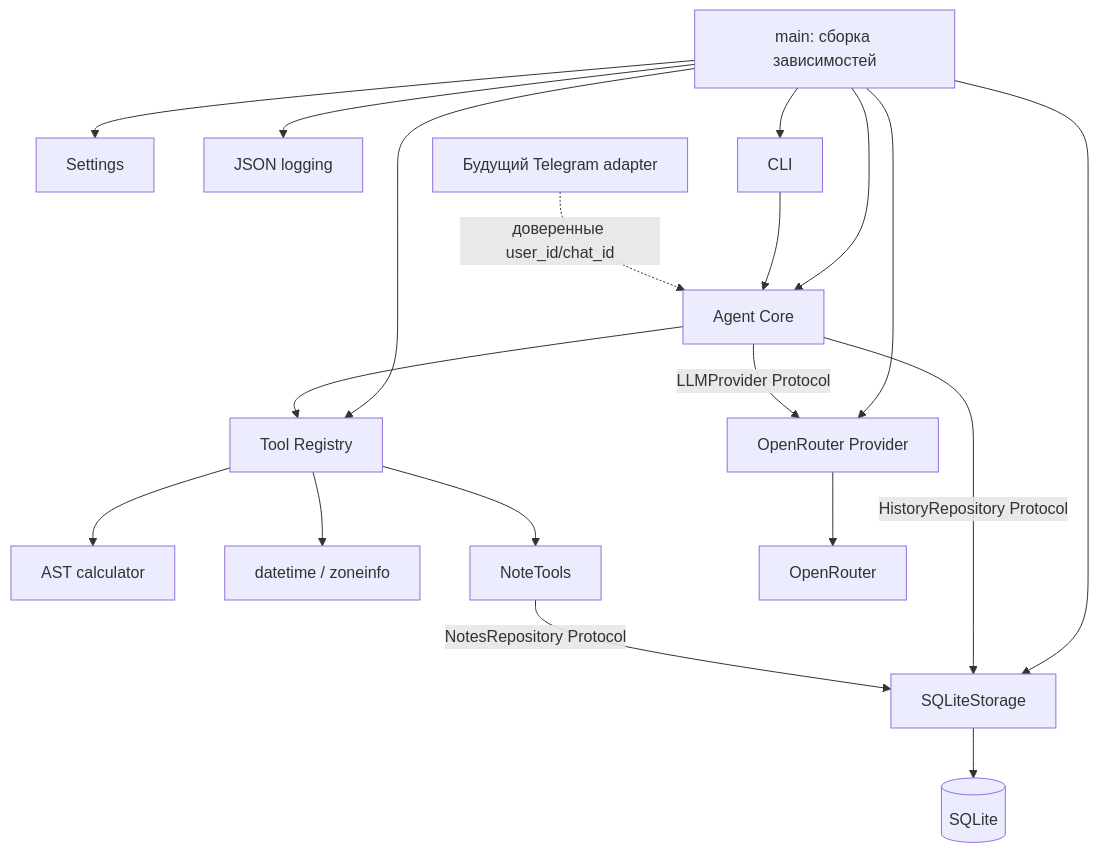
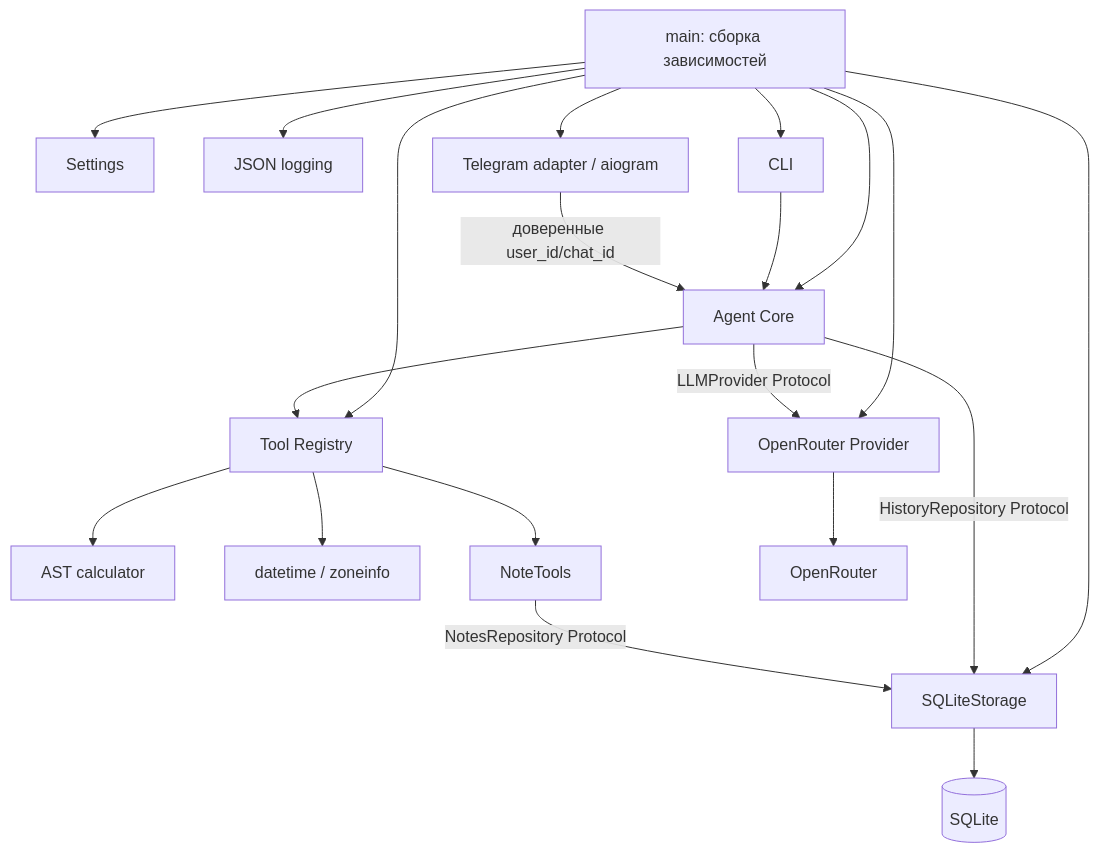
Before and after one commit to M1te1K/profilabych: the diagram in docs/architecture.md, drawn with Mermaid. The commit also changed other lines of this file and 36 other files, not shown here.

````diff
--- a/docs/architecture.md
+++ b/docs/architecture.md
@@ -25,21 +29,22 @@
 ```mermaid
 flowchart TD
     Main[main: сборка зависимостей] --> Config[Settings]
     Main --> Logs[JSON logging]
     Main --> CLI[CLI]
+    Main --> Telegram[Telegram adapter / aiogram]
     Main --> Agent[Agent Core]
     Main --> Provider[OpenRouter Provider]
     Main --> Registry[Tool Registry]
     Main --> Storage[SQLiteStorage]
     CLI --> Agent
-    Telegram[Будущий Telegram adapter] -. доверенные user_id/chat_id .-> Agent
+    Telegram -->|доверенные user_id/chat_id| Agent
     Agent -->|LLMProvider Protocol| Provider
     Agent --> Registry
     Agent -->|HistoryRepository Protocol| Storage
     Registry --> Calculator[AST calculator]
     Registry --> Time[datetime / zoneinfo]
     Registry --> Notes[NoteTools]
     Notes -->|NotesRepository Protocol| Storage
     Provider --> OpenRouter[OpenRouter]
     Storage --> SQLite[(SQLite)]
 ```
````
